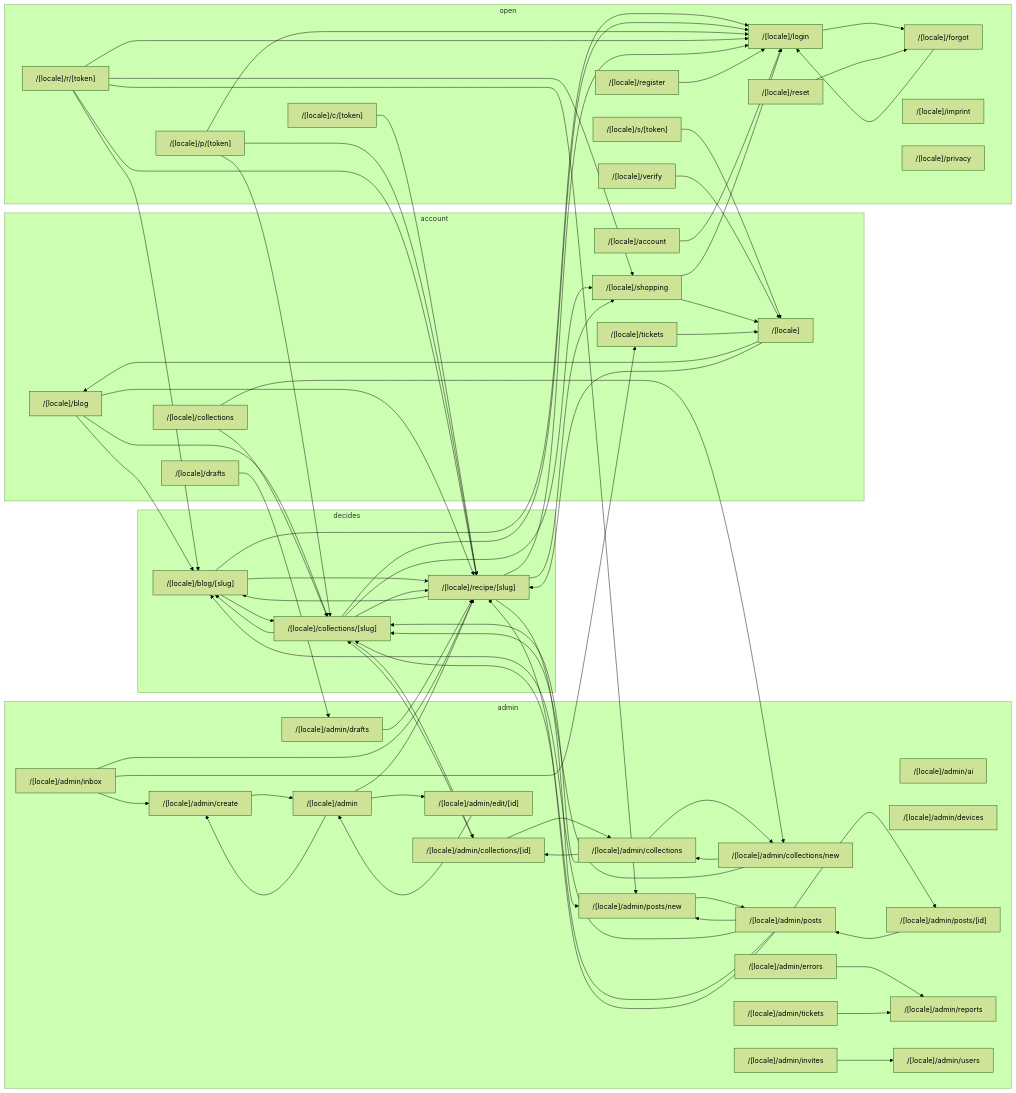
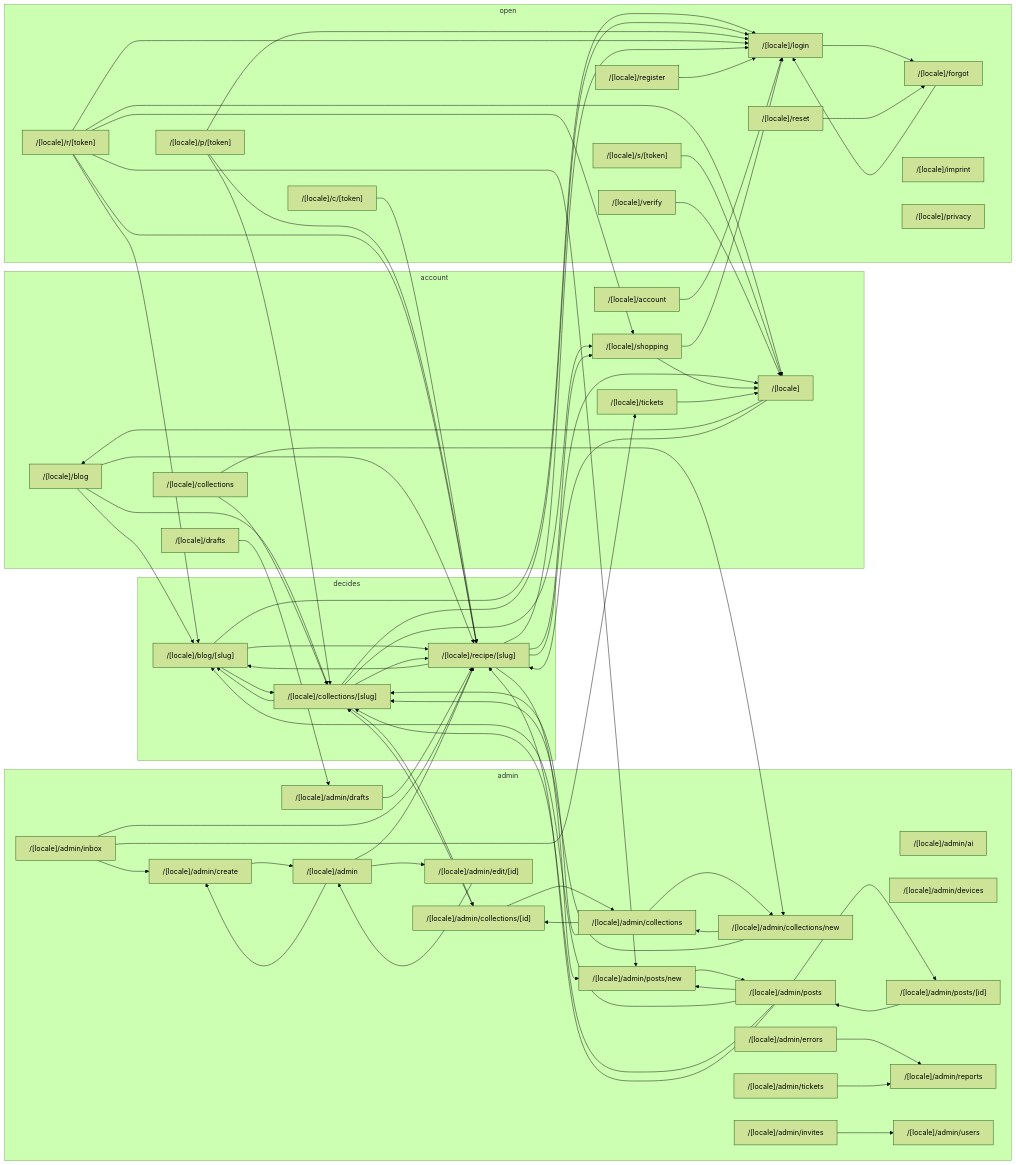
Before and after one commit to morischumacher/moscookbook: the first of 2 diagrams in docs/interaction-map.generated.md, drawn with Mermaid (forest theme). The commit also changed other lines of this file and 25 other files, not shown here.

```diff
--- a/docs/interaction-map.generated.md
+++ b/docs/interaction-map.generated.md
@@ -255,11 +255,13 @@
   n__locale__p__token_ --> n__locale__recipe__slug_
   n__locale_ --> n__locale__blog
   n__locale_ --> n__locale__recipe__slug_
+  n__locale__r__token_ --> n__locale_
   n__locale__r__token_ --> n__locale__admin_posts_new
   n__locale__r__token_ --> n__locale__blog__slug_
   n__locale__r__token_ --> n__locale__login
   n__locale__r__token_ --> n__locale__recipe__slug_
   n__locale__r__token_ --> n__locale__shopping
+  n__locale__recipe__slug_ --> n__locale_
   n__locale__recipe__slug_ --> n__locale__admin_posts_new
   n__locale__recipe__slug_ --> n__locale__blog__slug_
   n__locale__recipe__slug_ --> n__locale__login
```
